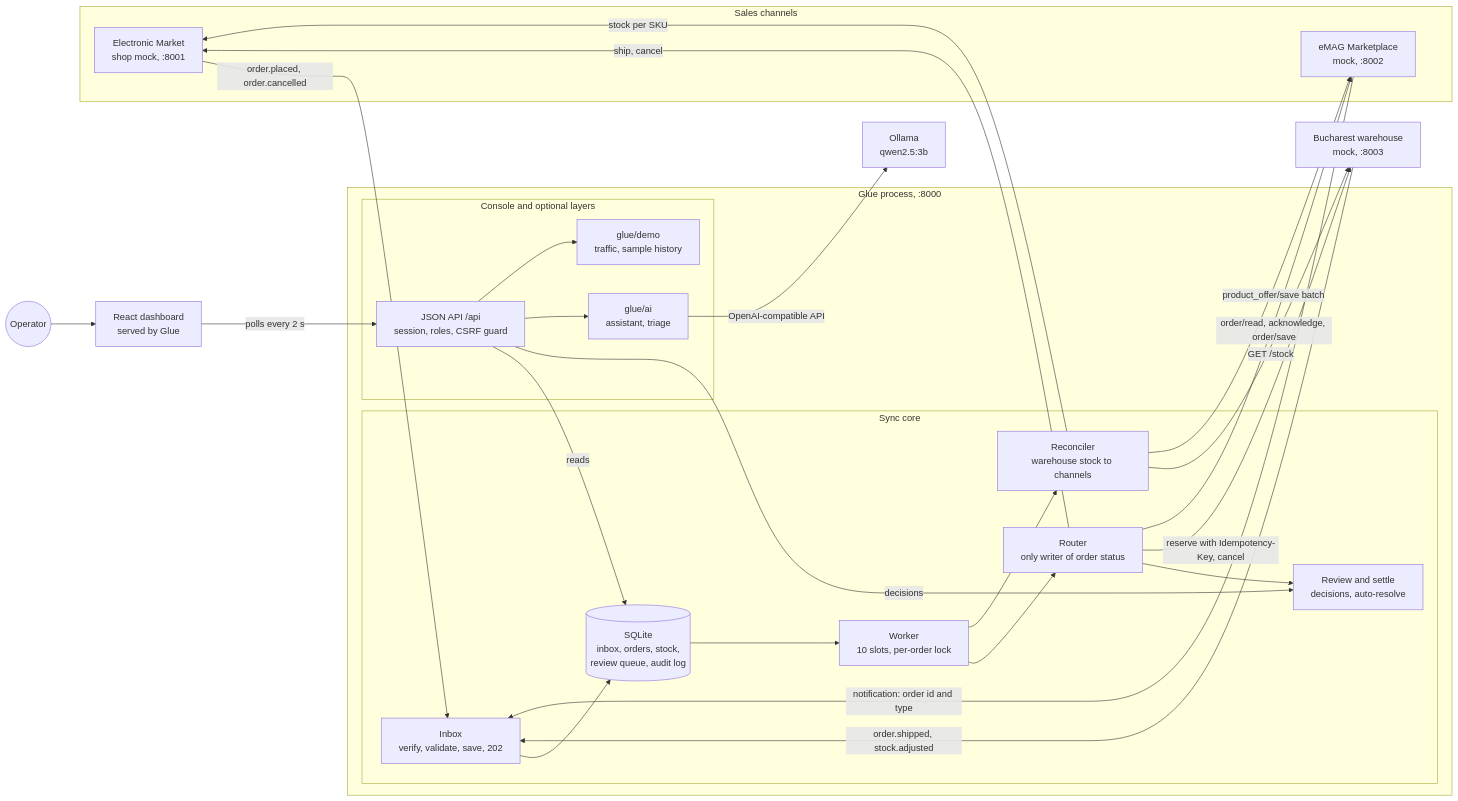
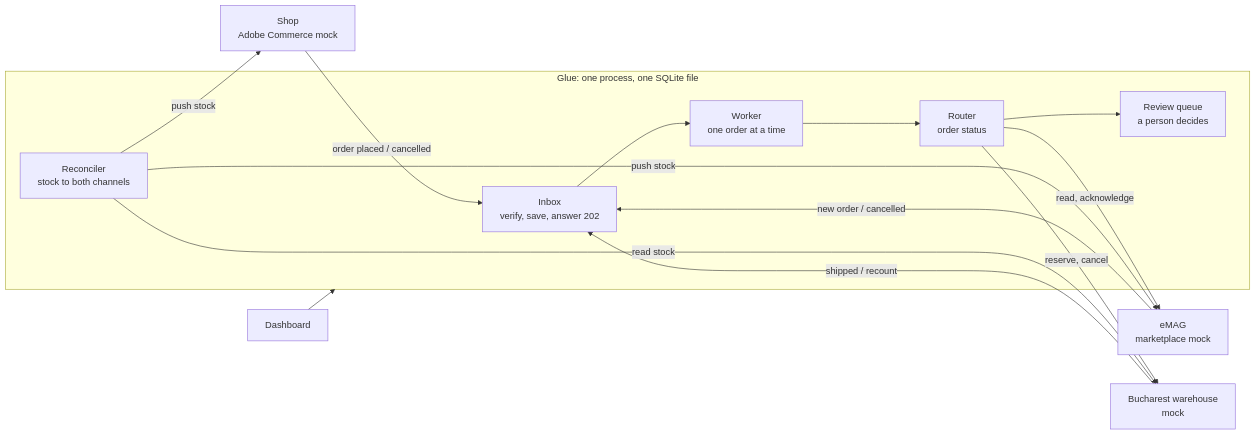
The first of 4 diagrams in docs/architecture.md (PantelimonGulie/adb-glue-service), drawn with Mermaid before and after one commit. The commit also changed other lines of this file and 29 other files, not shown here.

````diff
--- a/docs/architecture.md
+++ b/docs/architecture.md
@@ -5,48 +5,27 @@
 ```mermaid
 flowchart LR
-    subgraph channels[Sales channels]
-        shop["Electronic Market<br/>shop mock, :8001"]
-        emag["eMAG Marketplace<br/>mock, :8002"]
-    end
-    wh["Bucharest warehouse<br/>mock, :8003"]
+    shop["Shop<br/>Adobe Commerce mock"]
+    emag["eMAG<br/>marketplace mock"]
+    wh["Bucharest warehouse<br/>mock"]
 
-    subgraph glue["Glue process, :8000"]
-        subgraph core[Sync core]
-            inbox["Inbox<br/>verify, validate, save, 202"]
-            db[("SQLite<br/>inbox, orders, stock,<br/>review queue, audit log")]
-            worker["Worker<br/>10 slots, per-order lock"]
-            router["Router<br/>only writer of order status"]
-            rec["Reconciler<br/>warehouse stock to channels"]
-            review["Review and settle<br/>decisions, auto-resolve"]
-        end
-        subgraph console[Console and optional layers]
-            api["JSON API /api<br/>session, roles, CSRF guard"]
-            ai["glue/ai<br/>assistant, triage"]
-            demo["glue/demo<br/>traffic, sample history"]
-        end
+    subgraph glue["Glue: one process, one SQLite file"]
+        inbox["Inbox<br/>verify, save, answer 202"]
+        worker["Worker<br/>one order at a time"]
+        router["Router<br/>order status"]
+        rec["Reconciler<br/>stock to both channels"]
+        review["Review queue<br/>a person decides"]
     end
 
-    operator((Operator)) --> ui["React dashboard<br/>served by Glue"]
-    ollama["Ollama<br/>qwen2.5:3b"]
+    ui["Dashboard"] --> glue
 
-    shop -- "order.placed, order.cancelled" --> inbox
-    emag -- "notification: order id and type" --> inbox
-    wh -- "order.shipped, stock.adjusted" --> inbox
-    inbox --> db
-    db --> worker
-    worker --> router
-    worker --> rec
+    shop -- "order placed / cancelled" --> inbox
+    emag -- "new order / cancelled" --> inbox
+    wh -- "shipped / recount" --> inbox
+    inbox --> worker --> router
+    router -- "reserve, cancel" --> wh
+    router -- "read, acknowledge" --> emag
     router --> review
-    router -- "reserve with Idempotency-Key, cancel" --> wh
-    router -- "order/read, acknowledge, order/save" --> emag
-    router -- "ship, cancel" --> shop
-    rec -- "GET /stock" --> wh
-    rec -- "stock per SKU" --> shop
-    rec -- "product_offer/save batch" --> emag
-    ui -- "polls every 2 s" --> api
-    api -- "reads" --> db
-    api -- "decisions" --> review
-    api --> ai
-    ai -- "OpenAI-compatible API" --> ollama
-    api --> demo
+    rec -- "read stock" --> wh
+    rec -- "push stock" --> shop
+    rec -- "push stock" --> emag
 ```
````
